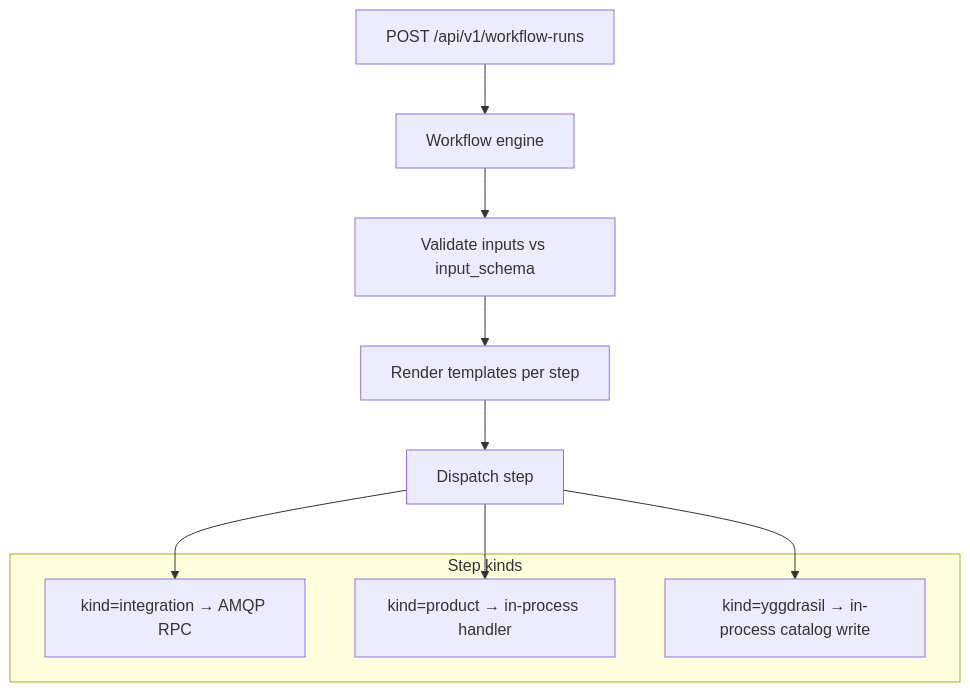
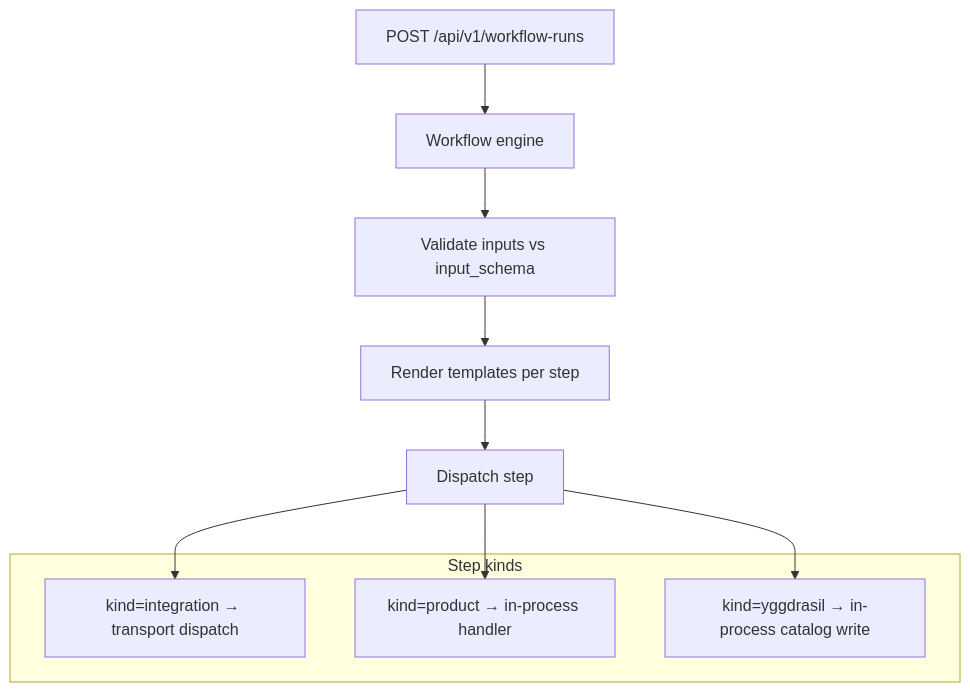
One commit to dakasa-yggdrasil/yggdrasil-core changed the diagram in docs/features/workflows.md. Above: the diagram before and after it, drawn with Mermaid. The commit also changed other lines of this file and 21 other files, not shown here.

First line of the commit message:
📚 Make transports fully RPC-generic; RabbitMQ opt-in in chart + compose

````diff
--- a/docs/features/workflows.md
+++ b/docs/features/workflows.md
@@ -58,22 +60,22 @@
 ```mermaid
 flowchart TB
     Trigger[POST /api/v1/workflow-runs]
     Engine[Workflow engine]
     Validate[Validate inputs vs input_schema]
     Render[Render templates per step]
     Dispatch[Dispatch step]
 
     subgraph StepKinds["Step kinds"]
-        Integration[kind=integration → AMQP RPC]
+        Integration[kind=integration → transport dispatch]
         Product[kind=product → in-process handler]
         Yggdrasil[kind=yggdrasil → in-process catalog write]
     end
 
     Trigger --> Engine
     Engine --> Validate
     Validate --> Render
     Render --> Dispatch
     Dispatch --> Integration
     Dispatch --> Product
     Dispatch --> Yggdrasil
 ```
````
